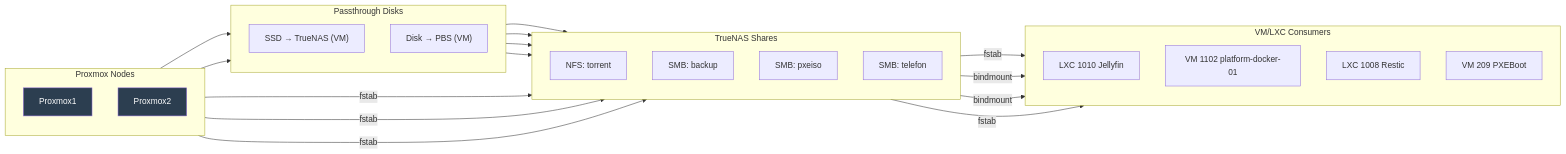
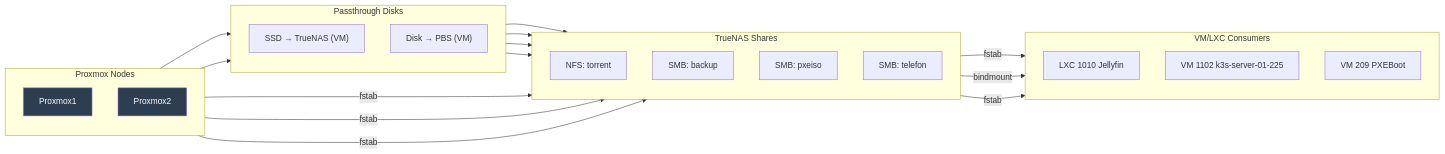
Before and after one commit to torokrolf/homelab: the first of 2 diagrams in 13-Design_Decisions/README_HU.md, drawn with Mermaid.

````diff
--- a/13-Design_Decisions/README_HU.md
+++ b/13-Design_Decisions/README_HU.md
@@ -64,57 +64,55 @@
 ```mermaid
 flowchart LR
     linkStyle default interpolate basis
 
     %% PROXMOX LAYER
     subgraph PROXMOX["Proxmox Nodes"]
         direction TB
         PVE1["Proxmox1"]
         PVE2["Proxmox2"]
     end
 
     %% PASSTHROUGH LAYER
     subgraph STORAGE["Passthrough Disks"]
         direction TB
         SSD_TRUENAS["SSD → TrueNAS (VM)"]
         SSD_PBS["Disk → PBS (VM)"]
     end
 
     %% EXPORT LAYER
     subgraph EXPORTS["TrueNAS Shares"]
         direction TB
         NFS["NFS: torrent"]
         SMB1["SMB: backup"]
         SMB2["SMB: pxeiso"]
         SMB3["SMB: telefon"]
     end
 
     %% CONSUMERS
     subgraph CONSUMERS["VM/LXC Consumers"]
         direction TB
         JELLY["LXC 1010 Jellyfin"]
-        DOCKER["VM 1102 platform-docker-01"]
-        RESTIC["LXC 1008 Restic"]
+        K3S["VM 1102 k3s-server-01-225"]
         PXEVM["VM 209 PXEBoot"]
     end
 
     %% Connections
     PVE2 --> SSD_TRUENAS
     PVE2 --> SSD_PBS
 
     SSD_TRUENAS --> NFS
     SSD_TRUENAS --> SMB1
     SSD_TRUENAS --> SMB2
     SSD_TRUENAS --> SMB3
 
     PVE1 -->|fstab| NFS
     PVE1 -->|fstab| SMB1
     PVE1 -->|fstab| SMB2
 
-    NFS -->|fstab| DOCKER
+    NFS -->|fstab| K3S
     NFS -->|bindmount| JELLY
-    SMB1 -->|bindmount| RESTIC
     SMB2 -->|fstab| PXEVM
 
     classDef pve fill:#2c3e50,color:#fff;
     class PVE1,PVE2 pve;
 ```
````
